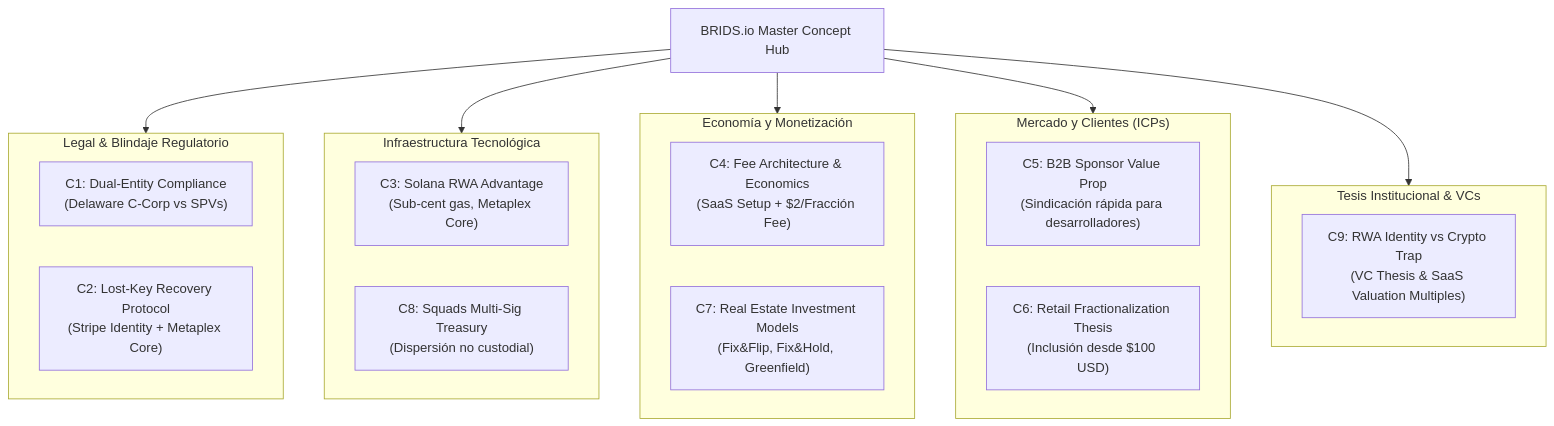
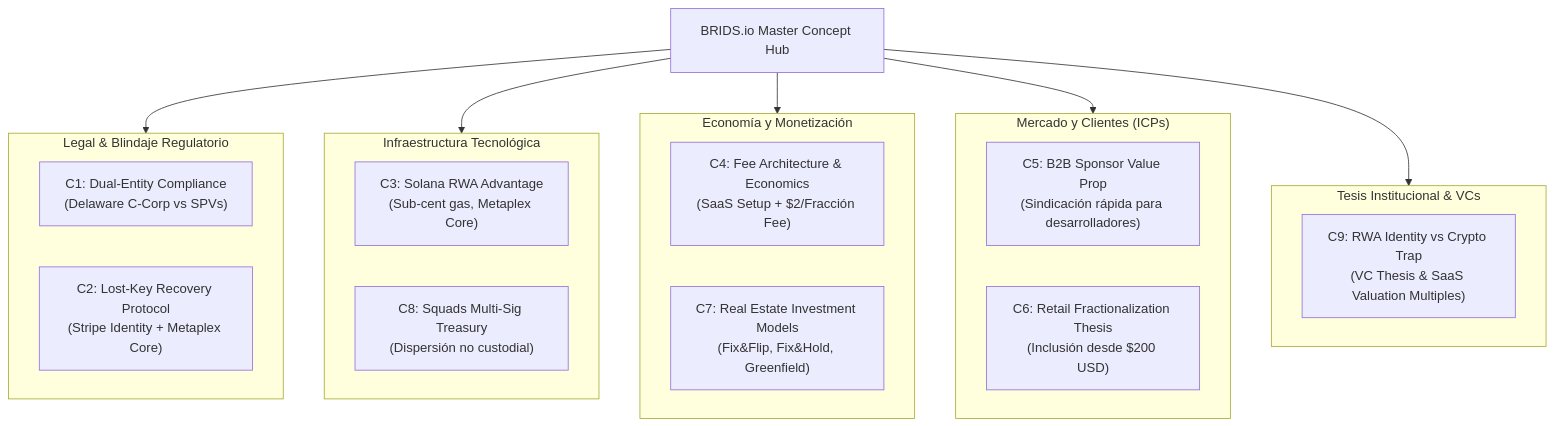
Before and after one commit to jeisonsosablockdev/BRIDS-KNOWLEDGE-FORT: the diagram in BRIDS-Brain/01 Negocio/01 Estrategia & Modelo/master-business-concepts.md, drawn with Mermaid. The commit also changed other lines of this file and 16 other files, not shown here.

````diff
--- a/BRIDS-Brain/01 Negocio/01 Estrategia & Modelo/master-business-concepts.md
+++ b/BRIDS-Brain/01 Negocio/01 Estrategia & Modelo/master-business-concepts.md
@@ -28,34 +28,34 @@
 ```mermaid
 graph TD
     Master["BRIDS.io Master Concept Hub"]
     
     subgraph Legal_Compliance["Legal & Blindaje Regulatorio"]
         C1["C1: Dual-Entity Compliance<br/>(Delaware C-Corp vs SPVs)"]
         C2["C2: Lost-Key Recovery Protocol<br/>(Stripe Identity + Metaplex Core)"]
     end
 
     subgraph Tech_Infra["Infraestructura Tecnológica"]
         C3["C3: Solana RWA Advantage<br/>(Sub-cent gas, Metaplex Core)"]
         C8["C8: Squads Multi-Sig Treasury<br/>(Dispersión no custodial)"]
     end
 
     subgraph Business_Economics["Economía y Monetización"]
         C4["C4: Fee Architecture & Economics<br/>(SaaS Setup + $2/Fracción Fee)"]
         C7["C7: Real Estate Investment Models<br/>(Fix&Flip, Fix&Hold, Greenfield)"]
     end
 
     subgraph Market_GTM["Mercado y Clientes (ICPs)"]
         C5["C5: B2B Sponsor Value Prop<br/>(Sindicación rápida para desarrolladores)"]
-        C6["C6: Retail Fractionalization Thesis<br/>(Inclusión desde $100 USD)"]
+        C6["C6: Retail Fractionalization Thesis<br/>(Inclusión desde $200 USD)"]
     end
 
     subgraph VC_Thesis["Tesis Institucional & VCs"]
         C9["C9: RWA Identity vs Crypto Trap<br/>(VC Thesis & SaaS Valuation Multiples)"]
     end
 
     Master --> Legal_Compliance
     Master --> Tech_Infra
     Master --> Business_Economics
     Master --> Market_GTM
     Master --> VC_Thesis
 ```
````
